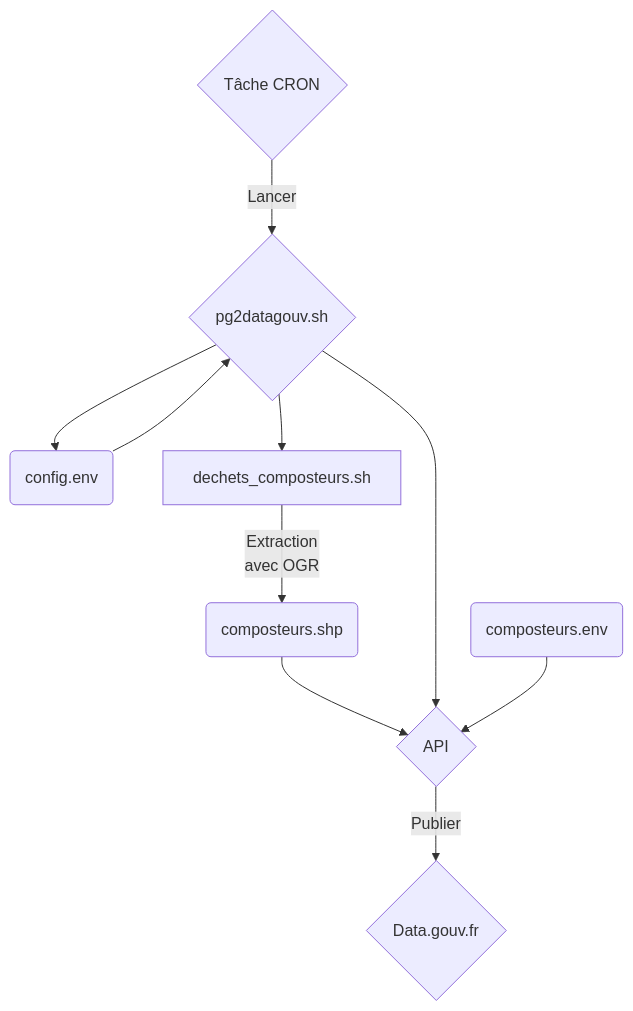
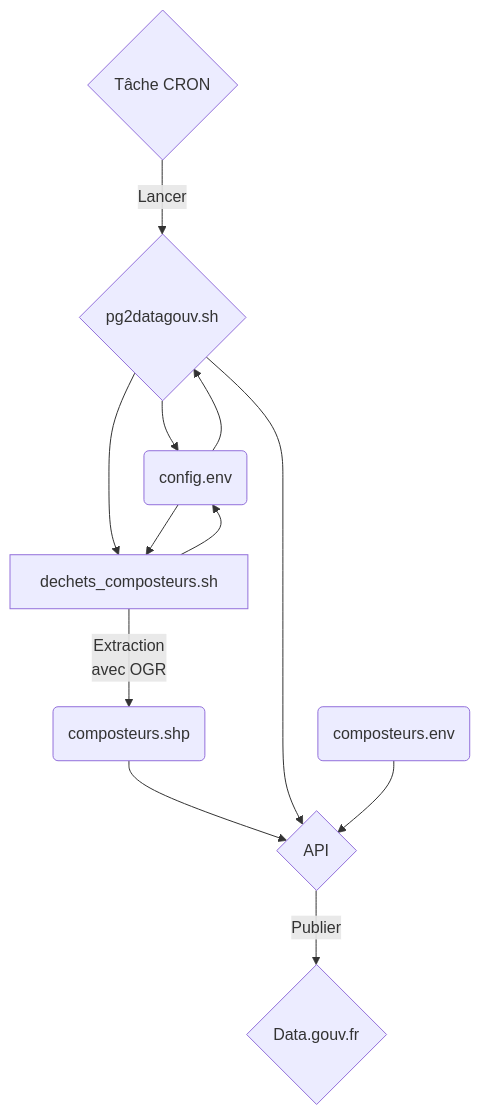
One commit to geotribu/website changed the diagram in content/articles/2021/2021-08-31_pg2datagouv.md. Above: the diagram before and after it, drawn with Mermaid. The commit also changed other lines of this file, not shown here.

````diff
--- a/content/articles/2021/2021-08-31_pg2datagouv.md
+++ b/content/articles/2021/2021-08-31_pg2datagouv.md
@@ -43,11 +43,12 @@
 ```mermaid
 graph TD;
     A{pg2datagouv.sh} --> G(config.env);
     G --> A;
     A --> D[dechets_composteurs.sh] --> |Extraction<br>avec OGR| U(composteurs.shp);
+    D --> G --> D
     U --> H{API};
     R{Tâche CRON} --> |Lancer| A;
     A --> H;
     M(composteurs.env) --> H;
     H --> |Publier| X{Data.gouv.fr};
 ```
````
